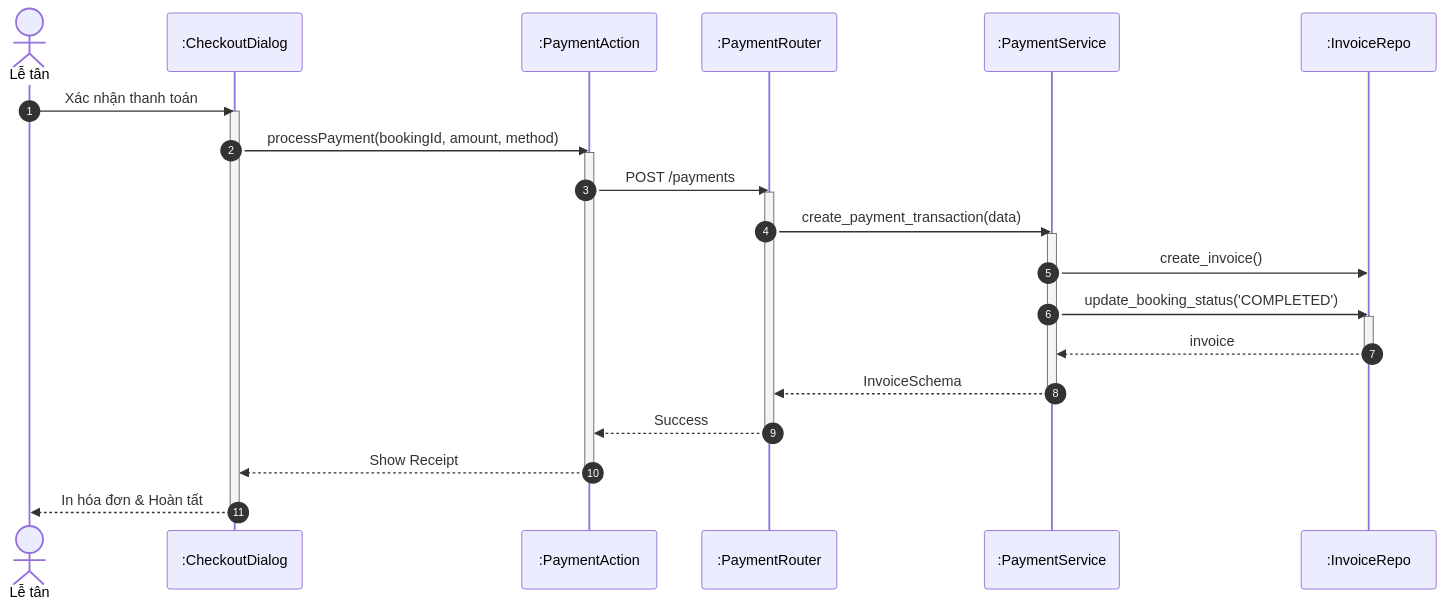
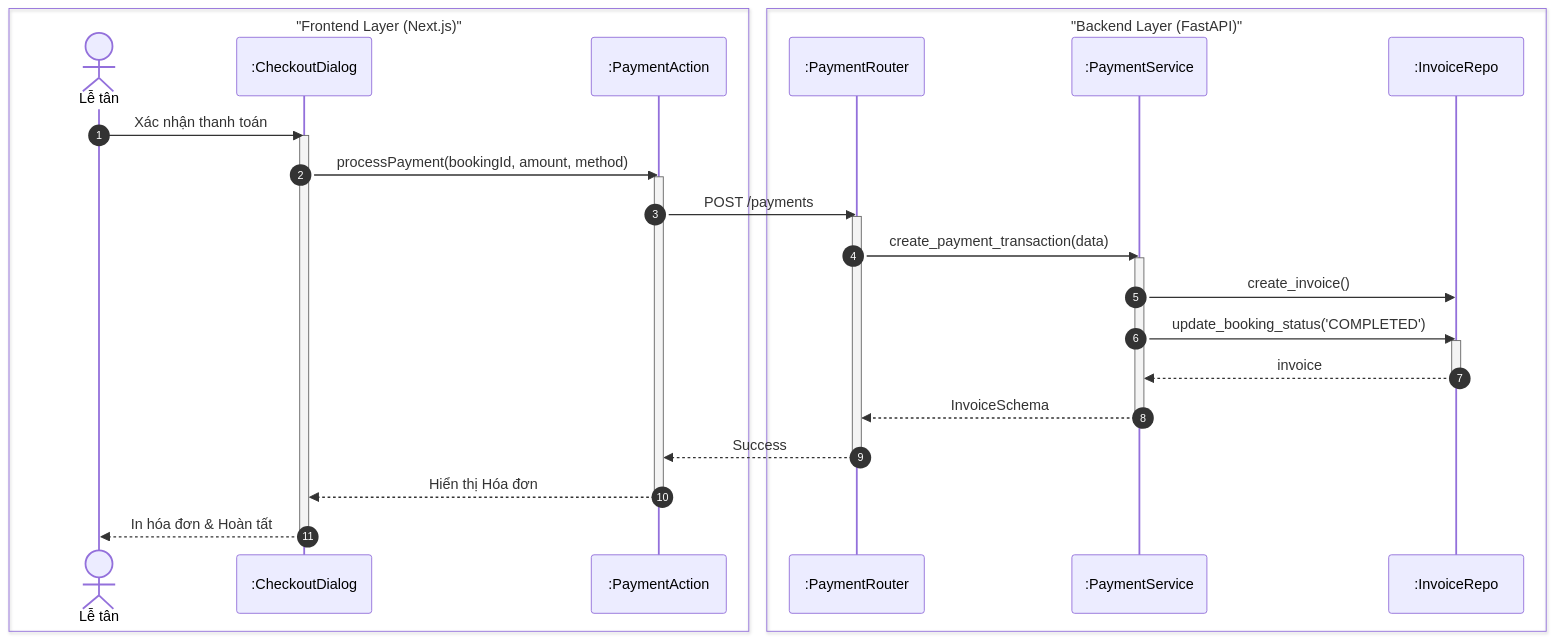
One commit to ngoctinn/Synapse changed the fourth of 4 diagrams in docs/design/sequences/receptionist_flows.md. Above: the diagram before and after it, drawn with Mermaid. The commit also changed other lines of this file and 4 other files, not shown here.

Commit message:
docs: Add initial sequence diagrams for authentication, customer, technician, receptionist, and admin flows.

````diff
--- a/docs/design/sequences/receptionist_flows.md
+++ b/docs/design/sequences/receptionist_flows.md
@@ -169,39 +184,44 @@
 ```mermaid
 sequenceDiagram
     autonumber
-    actor LT as Lễ tân
-    participant UI as :CheckoutDialog
-    participant BFF as :PaymentAction
-    participant API as :PaymentRouter
-    participant S as :PaymentService
-    participant DB as :InvoiceRepo
+    box "Frontend Layer (Next.js)"
+        actor LT as Lễ tân
+        participant UI as :CheckoutDialog
+        participant BFF as :PaymentAction
+    end
+
+    box "Backend Layer (FastAPI)"
+        participant API as :PaymentRouter
+        participant S as :PaymentService
+        participant DB as :InvoiceRepo
+    end
 
     LT->>UI: Xác nhận thanh toán
     activate UI
     UI->>BFF: processPayment(bookingId, amount, method)
     activate BFF
 
     BFF->>API: POST /payments
     activate API
 
     API->>S: create_payment_transaction(data)
     activate S
 
     S->>DB: create_invoice()
     S->>DB: update_booking_status('COMPLETED')
     activate DB
     DB-->>S: invoice
     deactivate DB
 
     S-->>API: InvoiceSchema
     deactivate S
 
     API-->>BFF: Success
     deactivate API
 
-    BFF-->>UI: Show Receipt
+    BFF-->>UI: Hiển thị Hóa đơn
     deactivate BFF
 
     UI-->>LT: In hóa đơn & Hoàn tất
     deactivate UI
 ```
````
